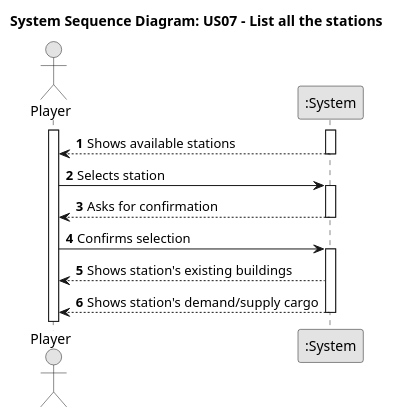
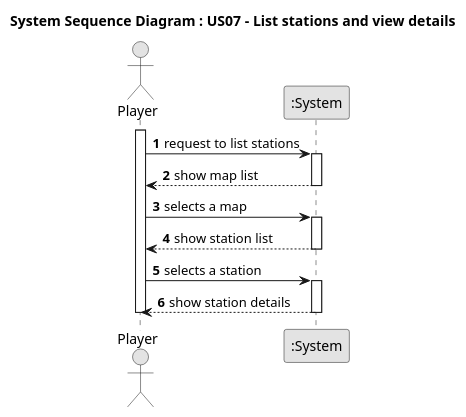
The diagram in docs/system-documentation/Sprint 2/US07/01.requirements-engineering/puml/US007-SSD.puml (HenriqueSilva18/Railway-Network-Simulator), drawn with PlantUML before and after one commit. The commit also changed 17 other files, not shown here.

```diff
--- a/docs/system-documentation/Sprint 2/US07/01.requirements-engineering/puml/US007-SSD.puml
+++ b/docs/system-documentation/Sprint 2/US07/01.requirements-engineering/puml/US007-SSD.puml
@@ -1,32 +1,34 @@
 @startuml
-title System Sequence Diagram: US07 - List all the stations
+
 skinparam monochrome true
 skinparam packageStyle rectangle
 skinparam shadowing false
-
 autonumber
 
+title System Sequence Diagram : US07 - List stations and view details
+
 actor "Player" as Player
-participant ":System" as System
+participant ":System" as ListStationUI
 
 activate Player
-activate System
+Player -> ListStationUI : request to list stations
+activate ListStationUI
 
-    System --> Player : Shows available stations
-    deactivate System
+ListStationUI --> Player : show map list
+deactivate ListStationUI
 
-    Player -> System : Selects station
-    activate System
-    System --> Player : Asks for confirmation
-    deactivate System
-    Player -> System : Confirms selection
-    activate System
-    System --> Player : Shows station's existing buildings
-    System --> Player : Shows station's demand/supply cargo
-    deactivate System
+Player -> ListStationUI : selects a map
+activate ListStationUI
+
+ListStationUI --> Player : show station list
+deactivate ListStationUI
+
+Player -> ListStationUI : selects a station
+activate ListStationUI
 
 
-    deactivate System
-
+ListStationUI --> Player : show station details
+deactivate ListStationUI
+deactivate Player
 
 @enduml
```
